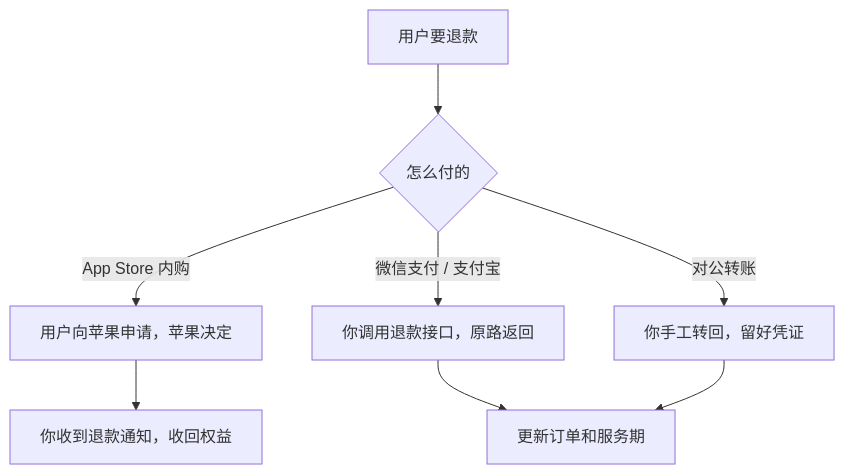
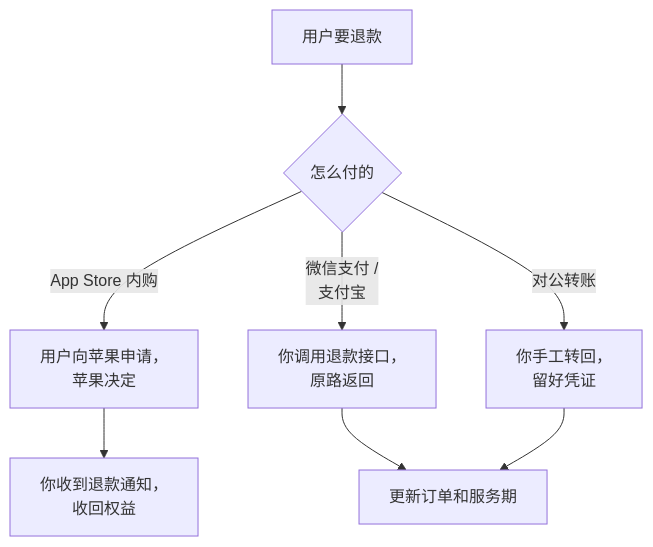
Before and after one commit to jarvis-pro/hatch-shelf: the first of 2 diagrams in books/pricing-monetization/07-refunds-disputes.md, drawn with Mermaid. The commit also changed other lines of this file and 432 other files, not shown here.

````diff
--- a/books/pricing-monetization/07-refunds-disputes.md
+++ b/books/pricing-monetization/07-refunds-disputes.md
@@ -93,10 +93,10 @@
 ```mermaid
 flowchart TD
   A["用户要退款"] --> B{"怎么付的"}
-  B -->|"App Store 内购"| C["用户向苹果申请，苹果决定"]
-  B -->|"微信支付 / 支付宝"| D["你调用退款接口，原路返回"]
-  B -->|"对公转账"| E["你手工转回，留好凭证"]
-  C --> F["你收到退款通知，收回权益"]
+  B -->|"App Store 内购"| C["用户向苹果申请，<br/>苹果决定"]
+  B -->|"微信支付 /<br/>支付宝"| D["你调用退款接口，<br/>原路返回"]
+  B -->|"对公转账"| E["你手工转回，<br/>留好凭证"]
+  C --> F["你收到退款通知，<br/>收回权益"]
   D --> G["更新订单和服务期"]
   E --> G
 ```
````
